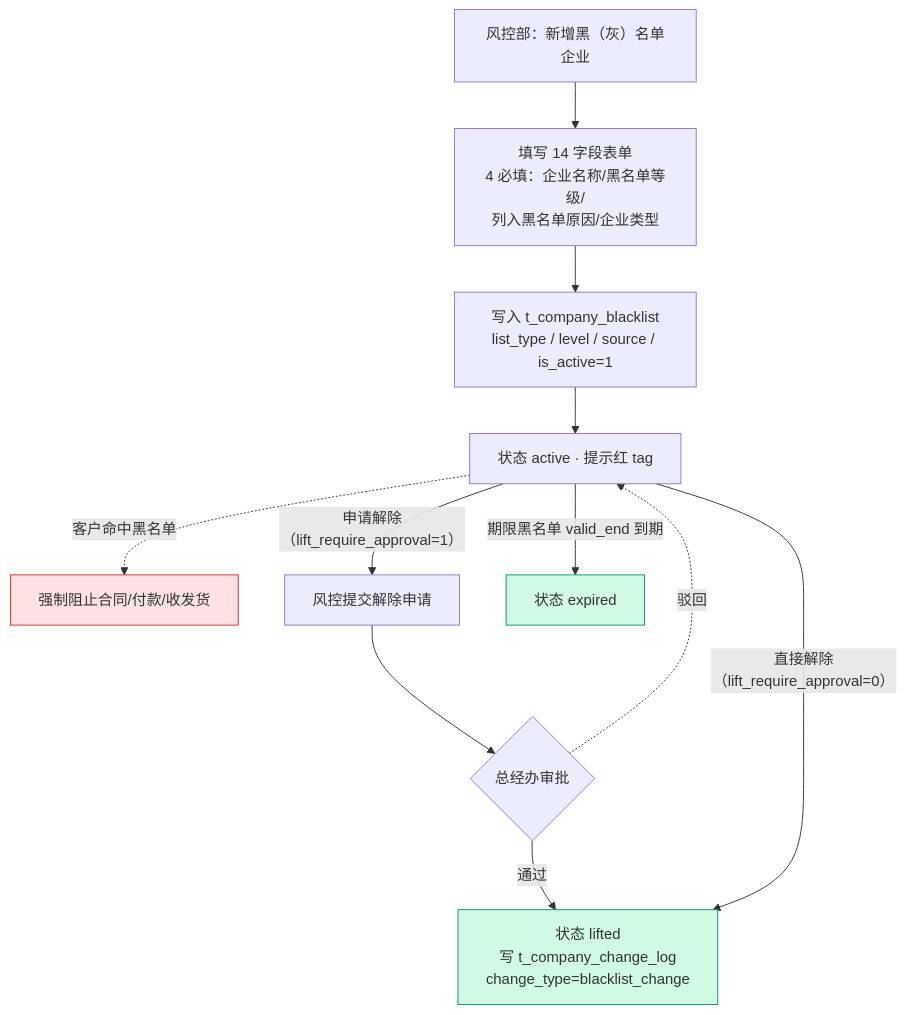
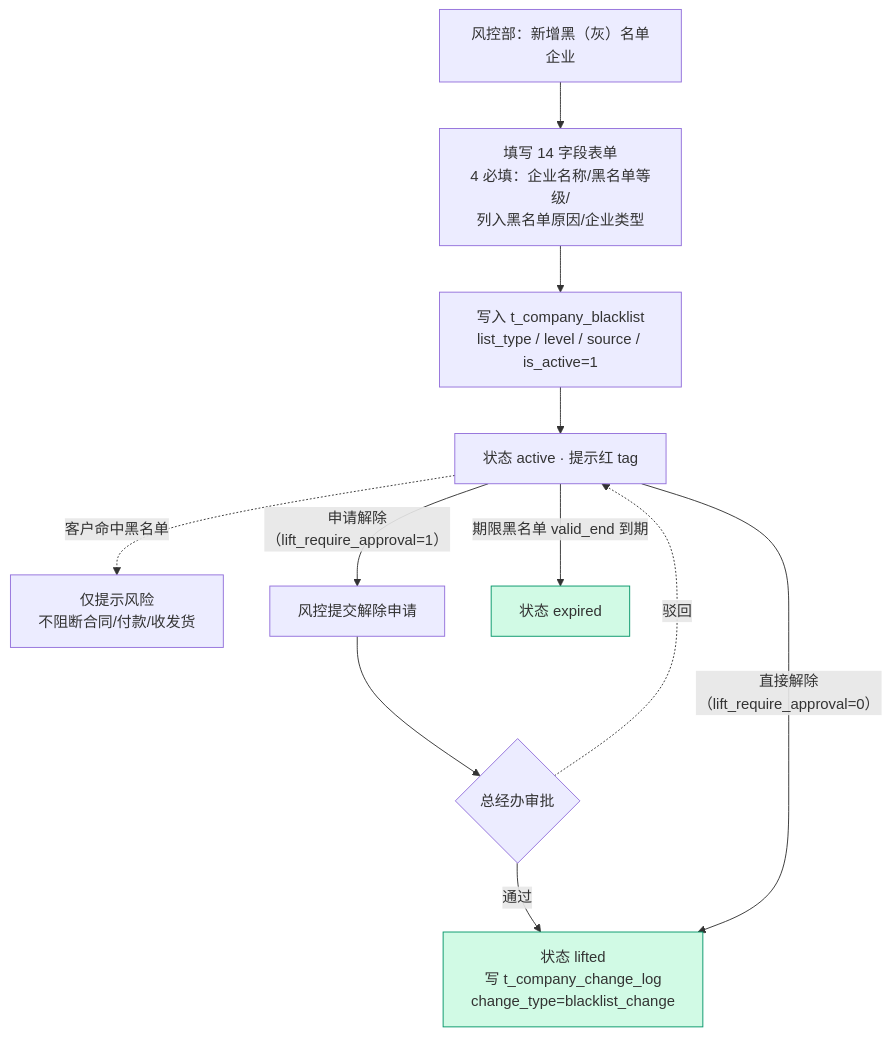
One commit to Ummyue/gyt-admin changed the second of 7 diagrams in docs-v2/02.02-客户管理.md. Above: the diagram before and after it, drawn with Mermaid. The commit also changed other lines of this file and 40 other files, not shown here.

````diff
--- a/docs-v2/02.02-客户管理.md
+++ b/docs-v2/02.02-客户管理.md
@@ -182,19 +210,19 @@
 ```mermaid
 flowchart TB
     A["风控部：新增黑（灰）名单企业"] --> B["填写 14 字段表单<br/>4 必填：企业名称/黑名单等级/<br/>列入黑名单原因/企业类型"]
     B --> C["写入 t_company_blacklist<br/>list_type / level / source / is_active=1"]
     C --> D["状态 active · 提示红 tag"]
-    D -.->|"客户命中黑名单"| E["强制阻止合同/付款/收发货"]
+    D -.->|"客户命中黑名单"| E["仅提示风险<br/>不阻断合同/付款/收发货"]
 
     D -->|"申请解除（lift_require_approval=1）"| F["风控提交解除申请"]
     F --> G{"总经办审批"}
     G -->|"通过"| H["状态 lifted<br/>写 t_company_change_log<br/>change_type=blacklist_change"]
     G -.->|"驳回"| D
     D -->|"直接解除（lift_require_approval=0）"| H
     D -->|"期限黑名单 valid_end 到期"| I["状态 expired"]
 
     classDef danger fill:#fee2e2,stroke:#dc2626
     classDef ok fill:#d1fae5,stroke:#059669
-    class E danger
+    class E sys
     class H,I ok
 ```
````
